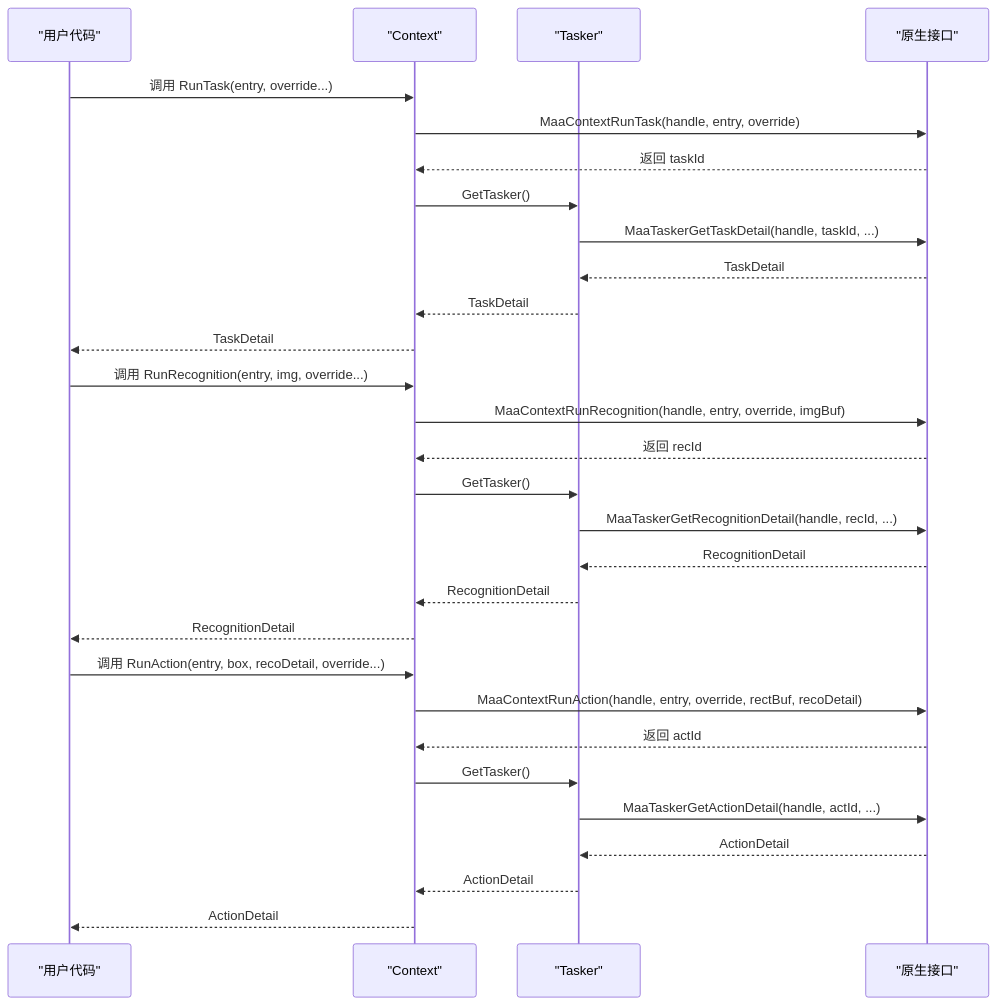
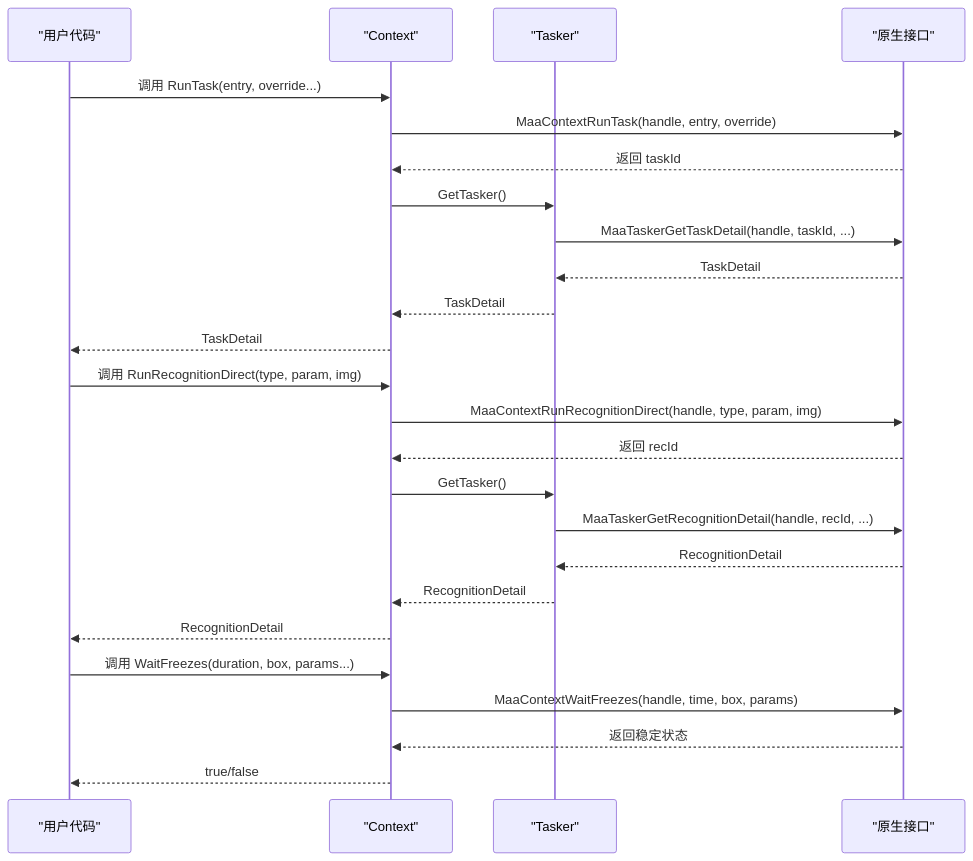
The second of 5 diagrams in instructions/maafw-golang-binding/核心概念/执行上下文 (Context).md (kqcoxn/MaaPipelineEditor), drawn with Mermaid before and after one commit. The commit also changed other lines of this file and 10 other files, not shown here.

````diff
--- a/instructions/maafw-golang-binding/核心概念/执行上下文 (Context).md
+++ b/instructions/maafw-golang-binding/核心概念/执行上下文 (Context).md
@@ -112,31 +129,27 @@
 ```mermaid
 sequenceDiagram
 participant U as "用户代码"
 participant Ctx as "Context"
 participant Tsk as "Tasker"
 participant N as "原生接口"
 U->>Ctx : 调用 RunTask(entry, override...)
 Ctx->>N : MaaContextRunTask(handle, entry, override)
 N-->>Ctx : 返回 taskId
 Ctx->>Tsk : GetTasker()
 Tsk->>N : MaaTaskerGetTaskDetail(handle, taskId, ...)
 N-->>Tsk : TaskDetail
 Tsk-->>Ctx : TaskDetail
 Ctx-->>U : TaskDetail
-U->>Ctx : 调用 RunRecognition(entry, img, override...)
-Ctx->>N : MaaContextRunRecognition(handle, entry, override, imgBuf)
+U->>Ctx : 调用 RunRecognitionDirect(type, param, img)
+Ctx->>N : MaaContextRunRecognitionDirect(handle, type, param, img)
 N-->>Ctx : 返回 recId
 Ctx->>Tsk : GetTasker()
 Tsk->>N : MaaTaskerGetRecognitionDetail(handle, recId, ...)
 N-->>Tsk : RecognitionDetail
 Tsk-->>Ctx : RecognitionDetail
 Ctx-->>U : RecognitionDetail
-U->>Ctx : 调用 RunAction(entry, box, recoDetail, override...)
-Ctx->>N : MaaContextRunAction(handle, entry, override, rectBuf, recoDetail)
-N-->>Ctx : 返回 actId
-Ctx->>Tsk : GetTasker()
-Tsk->>N : MaaTaskerGetActionDetail(handle, actId, ...)
-N-->>Tsk : ActionDetail
-Tsk-->>Ctx : ActionDetail
-Ctx-->>U : ActionDetail
+U->>Ctx : 调用 WaitFreezes(duration, box, params...)
+Ctx->>N : MaaContextWaitFreezes(handle, time, box, params)
+N-->>Ctx : 返回稳定状态
+Ctx-->>U : true/false
 ```
````
